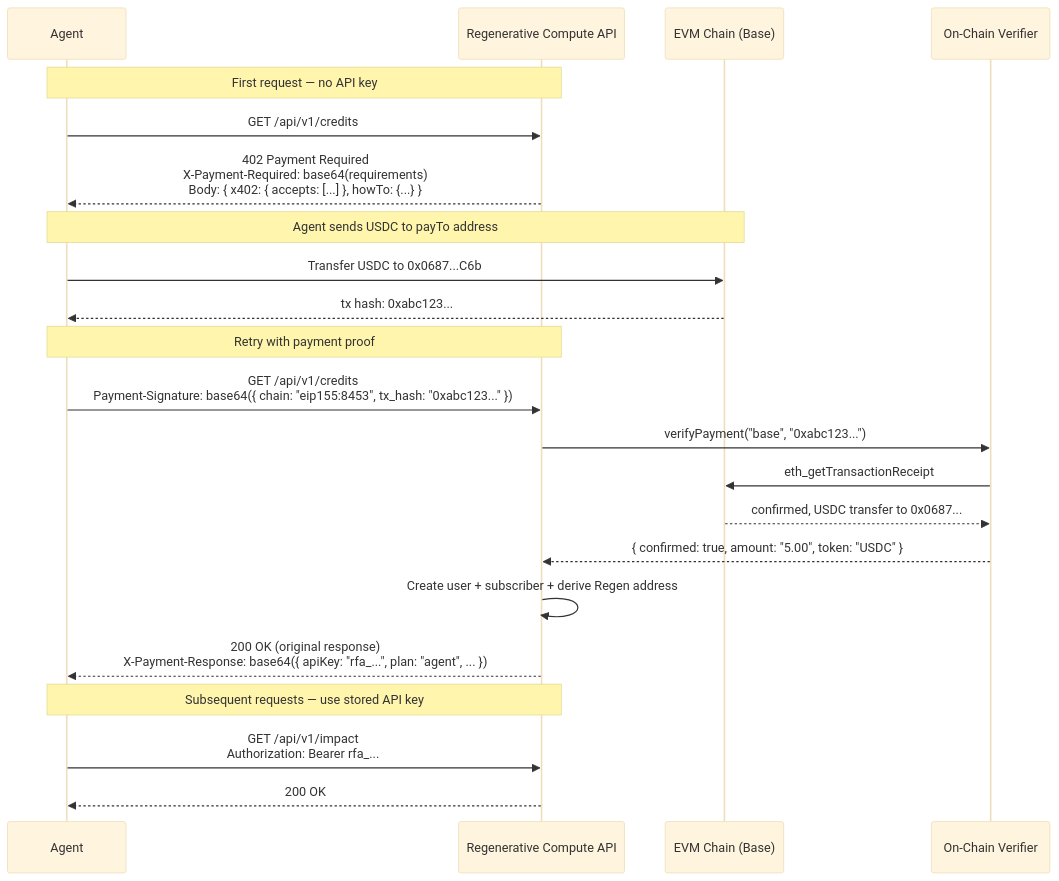
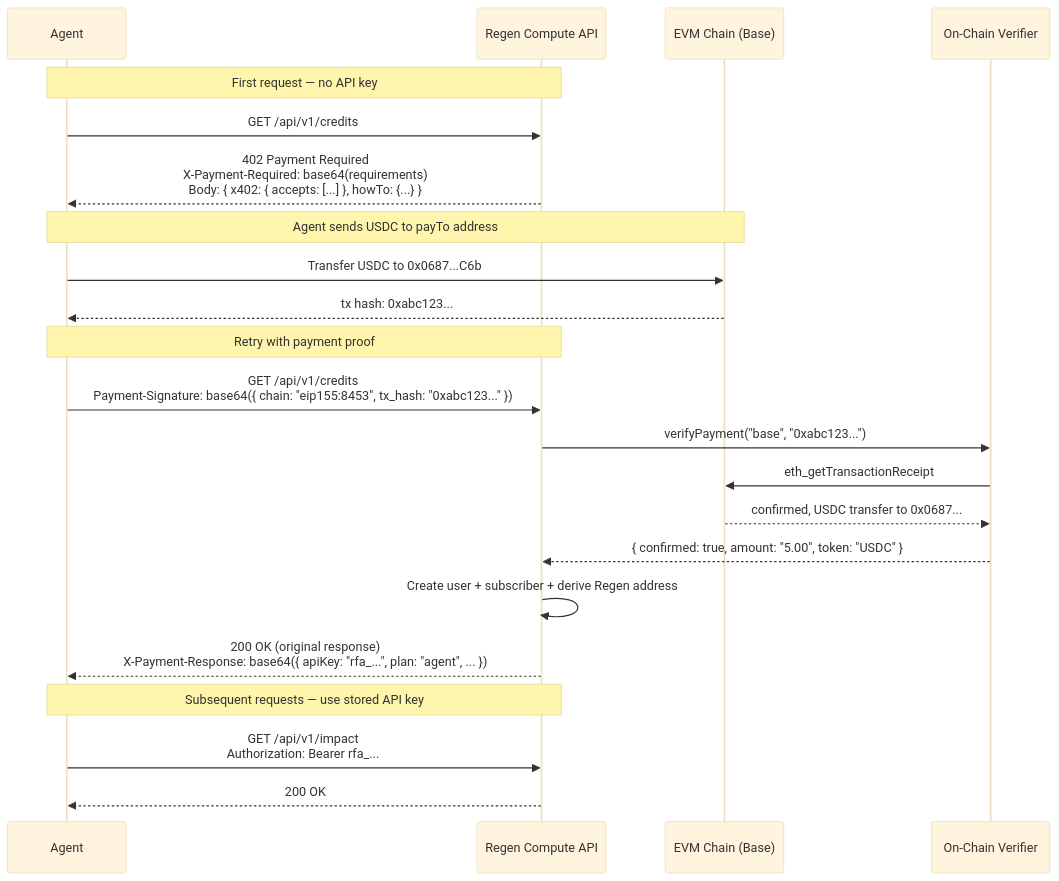
Before and after one commit to regen-network/regen-compute: the diagram in docs/x402-agent-flow.md, drawn with Mermaid (base theme). The commit also changed other lines of this file and 42 other files, not shown here.

Commit message:
Rename "Regenerative Compute" to "Regen Compute" across all files

````diff
--- a/docs/x402-agent-flow.md
+++ b/docs/x402-agent-flow.md
@@ -32,32 +32,32 @@
 ```mermaid
 sequenceDiagram
     participant Agent
-    participant API as Regenerative Compute API
+    participant API as Regen Compute API
     participant Chain as EVM Chain (Base)
     participant Verify as On-Chain Verifier
 
     Note over Agent,API: First request — no API key
 
     Agent->>API: GET /api/v1/credits
     API-->>Agent: 402 Payment Required<br/>X-Payment-Required: base64(requirements)<br/>Body: { x402: { accepts: [...] }, howTo: {...} }
 
     Note over Agent,Chain: Agent sends USDC to payTo address
 
     Agent->>Chain: Transfer USDC to 0x0687...C6b
     Chain-->>Agent: tx hash: 0xabc123...
 
     Note over Agent,API: Retry with payment proof
 
     Agent->>API: GET /api/v1/credits<br/>Payment-Signature: base64({ chain: "eip155:8453", tx_hash: "0xabc123..." })
     API->>Verify: verifyPayment("base", "0xabc123...")
     Verify->>Chain: eth_getTransactionReceipt
     Chain-->>Verify: confirmed, USDC transfer to 0x0687...
     Verify-->>API: { confirmed: true, amount: "5.00", token: "USDC" }
     API->>API: Create user + subscriber + derive Regen address
     API-->>Agent: 200 OK (original response)<br/>X-Payment-Response: base64({ apiKey: "rfa_...", plan: "agent", ... })
 
     Note over Agent,API: Subsequent requests — use stored API key
 
     Agent->>API: GET /api/v1/impact<br/>Authorization: Bearer rfa_...
     API-->>Agent: 200 OK
 ```
````
